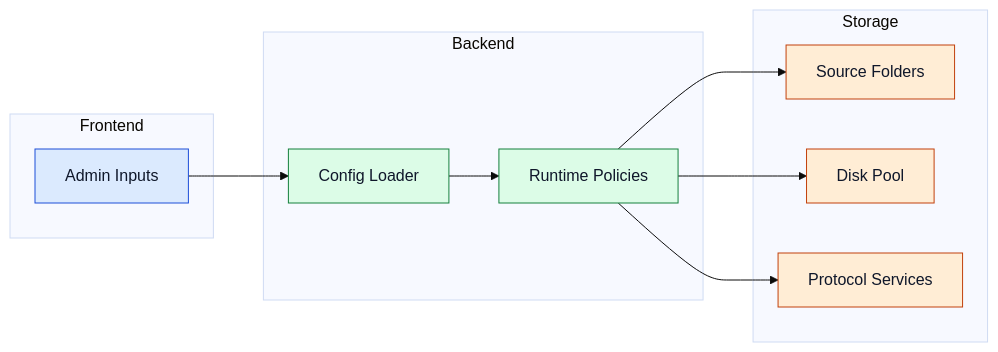
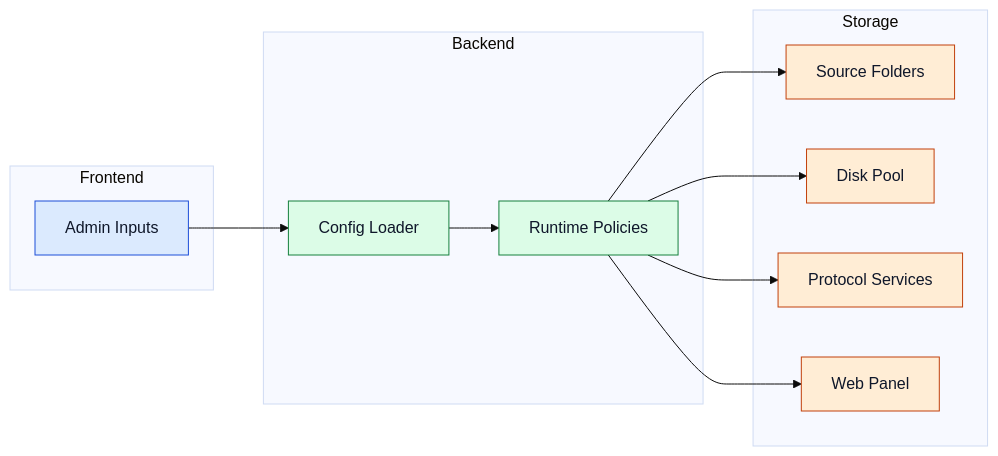
Before and after one commit to VulcanoSoftware/eindproject: the diagram in docusaurus/docs/configuration.md, drawn with Mermaid (base theme). The commit also changed other lines of this file and 5 other files, not shown here.

````diff
--- a/docusaurus/docs/configuration.md
+++ b/docusaurus/docs/configuration.md
@@ -12,30 +12,32 @@
 ```mermaid
 flowchart LR
   subgraph Frontend
     ADMIN[Admin Inputs]
   end
 
   subgraph Backend
     CFG[Config Loader]
     POLICY[Runtime Policies]
   end
 
   subgraph Storage
     SRC[Source Folders]
     DISK[Disk Pool]
     SVC[Protocol Services]
+    WP[Web Panel]
   end
 
   ADMIN --> CFG --> POLICY
   POLICY --> SRC
   POLICY --> DISK
   POLICY --> SVC
+  POLICY --> WP
 
   classDef frontend fill:#dbeafe,stroke:#1d4ed8,color:#0f172a,stroke-width:1px;
   classDef backend fill:#dcfce7,stroke:#15803d,color:#0f172a,stroke-width:1px;
   classDef storage fill:#ffedd5,stroke:#c2410c,color:#0f172a,stroke-width:1px;
 
   class ADMIN frontend;
   class CFG,POLICY backend;
-  class SRC,DISK,SVC storage;
+  class SRC,DISK,SVC,WP storage;
 ```
````
